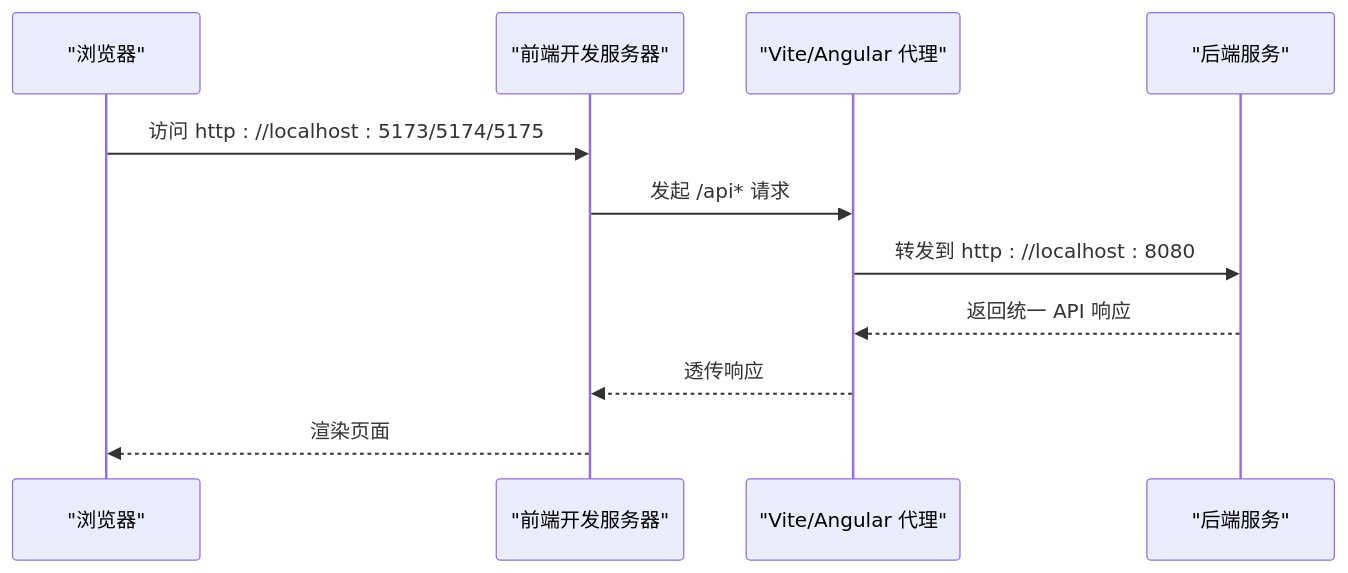
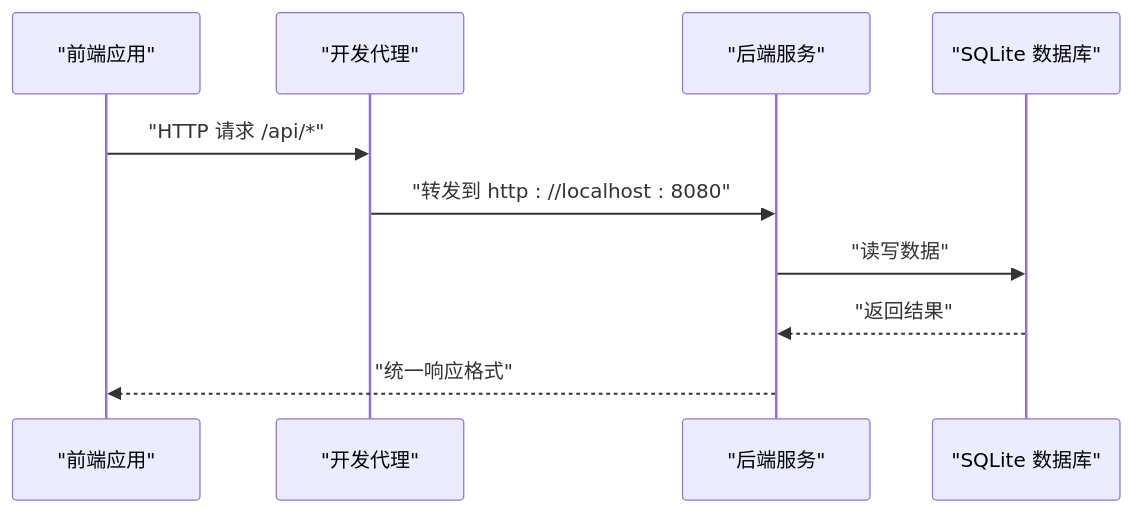
The second of 3 diagrams in .qoder/repowiki/zh/content/快速开始.md (alexy2008/TimeCapsule), drawn with Mermaid before and after one commit. The commit also changed other lines of this file and 247 other files, not shown here.

````diff
--- a/.qoder/repowiki/zh/content/快速开始.md
+++ b/.qoder/repowiki/zh/content/快速开始.md
@@ -104,13 +94,12 @@
 ```mermaid
 sequenceDiagram
-participant Browser as "浏览器"
-participant FE as "前端开发服务器"
-participant Proxy as "Vite/Angular 代理"
+participant FE as "前端应用"
+participant Proxy as "开发代理"
 participant BE as "后端服务"
-Browser->>FE : 访问 http : //localhost : 5173/5174/5175
-FE->>Proxy : 发起 /api* 请求
-Proxy->>BE : 转发到 http : //localhost : 8080
-BE-->>Proxy : 返回统一 API 响应
-Proxy-->>FE : 透传响应
-FE-->>Browser : 渲染页面
+participant DB as "SQLite 数据库"
+FE->>Proxy : "HTTP 请求 /api/*"
+Proxy->>BE : "转发到 http : //localhost : 8080"
+BE->>DB : "读写数据"
+DB-->>BE : "返回结果"
+BE-->>FE : "统一响应格式"
 ```
````
